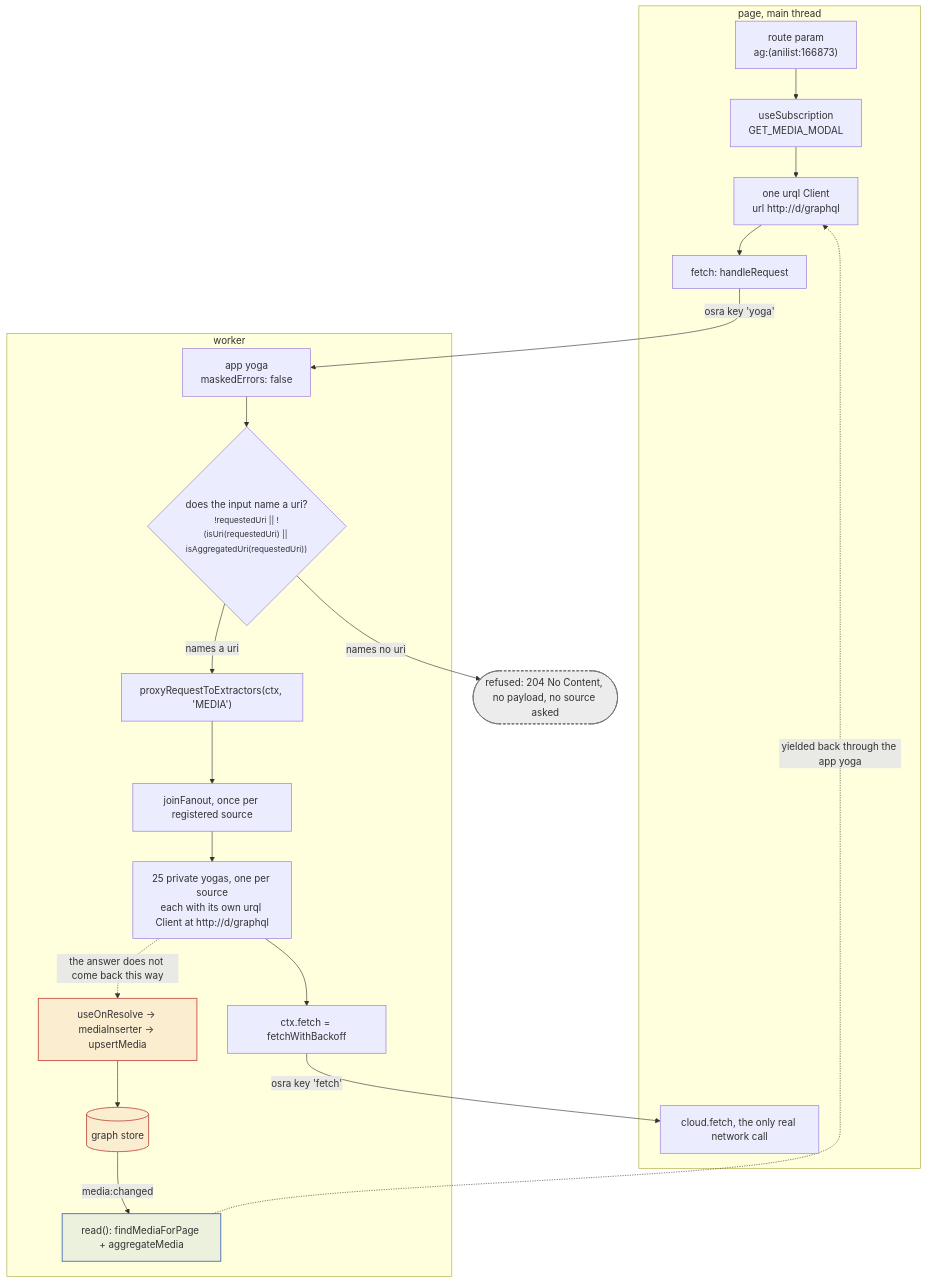
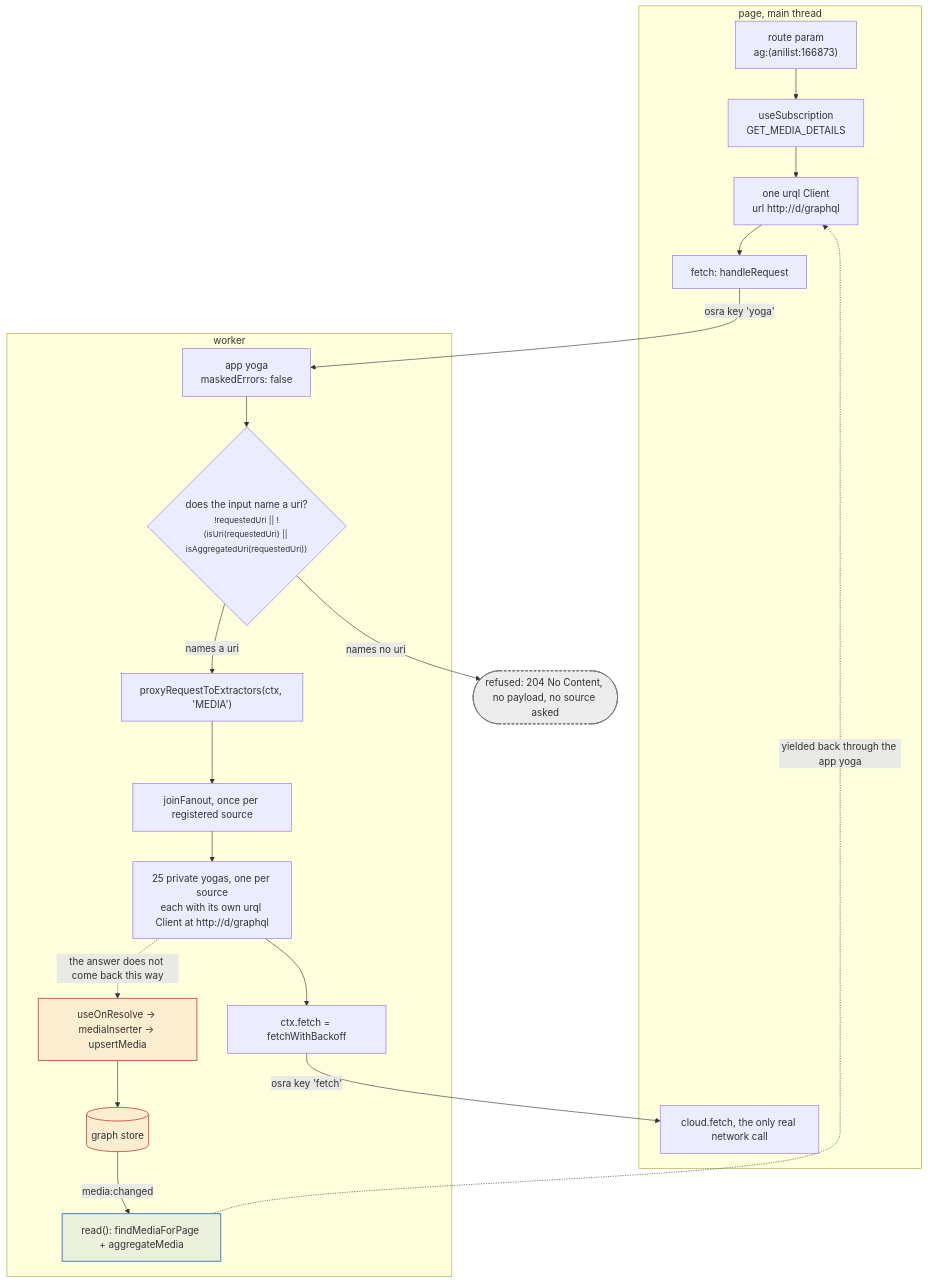
The first of 4 diagrams in docs/src/content/docs/request/page-to-worker.md (banou26/stub), drawn with Mermaid before and after one commit. The commit also changed other lines of this file and 67 other files, not shown here.

````diff
--- a/docs/src/content/docs/request/page-to-worker.md
+++ b/docs/src/content/docs/request/page-to-worker.md
@@ -17,41 +17,41 @@
 ```mermaid
 flowchart TD
   subgraph page["page, main thread"]
     A["route param<br/>ag:(anilist:166873)"]
-    B["useSubscription<br/>GET_MEDIA_MODAL"]
+    B["useSubscription<br/>GET_MEDIA_DETAILS"]
     C["one urql Client<br/>url http://d/graphql"]
     D["fetch: handleRequest"]
     E["cloud.fetch, the only real network call"]
   end
   subgraph worker["worker"]
     F["app yoga<br/>maskedErrors: false"]
     G{"does the input name a uri?<br/><small>!requestedUri || !(isUri(requestedUri) || isAggregatedUri(requestedUri))</small>"}
     H["proxyRequestToExtractors(ctx, 'MEDIA')"]
     I["joinFanout, once per registered source"]
     J["25 private yogas, one per source<br/>each with its own urql Client at http://d/graphql"]
     K["ctx.fetch = fetchWithBackoff"]
     L["useOnResolve -> mediaInserter -> upsertMedia"]
     M[("graph store")]
     N["read(): findMediaForPage + aggregateMedia"]
   end
   R(["refused: 204 No Content, no payload, no source asked"])
   A --> B --> C --> D
   D -->|"osra key 'yoga'"| F
   F --> G
   G -->|"names no uri"| R
   G -->|"names a uri"| H
   H --> I --> J
   J --> K
   K -->|"osra key 'fetch'"| E
   J -.->|"the answer does not come back this way"| L
   L --> M
   M -->|"media:changed"| N
   N -.->|"yielded back through the app yoga"| C
   classDef irrev fill:#e0796f22,stroke:#c9564a,stroke-width:1.5px
   classDef ratchet fill:#f2b45c22,stroke:#b8801f,stroke-width:1.5px
   classDef view fill:#6b95cd22,stroke:#4572b5,stroke-width:1.5px
   classDef refuse fill:#74757c22,stroke:#74757c,stroke-width:1.5px,stroke-dasharray:4 3
   class L,M irrev
   class N view
   class R refuse
 ```
````
